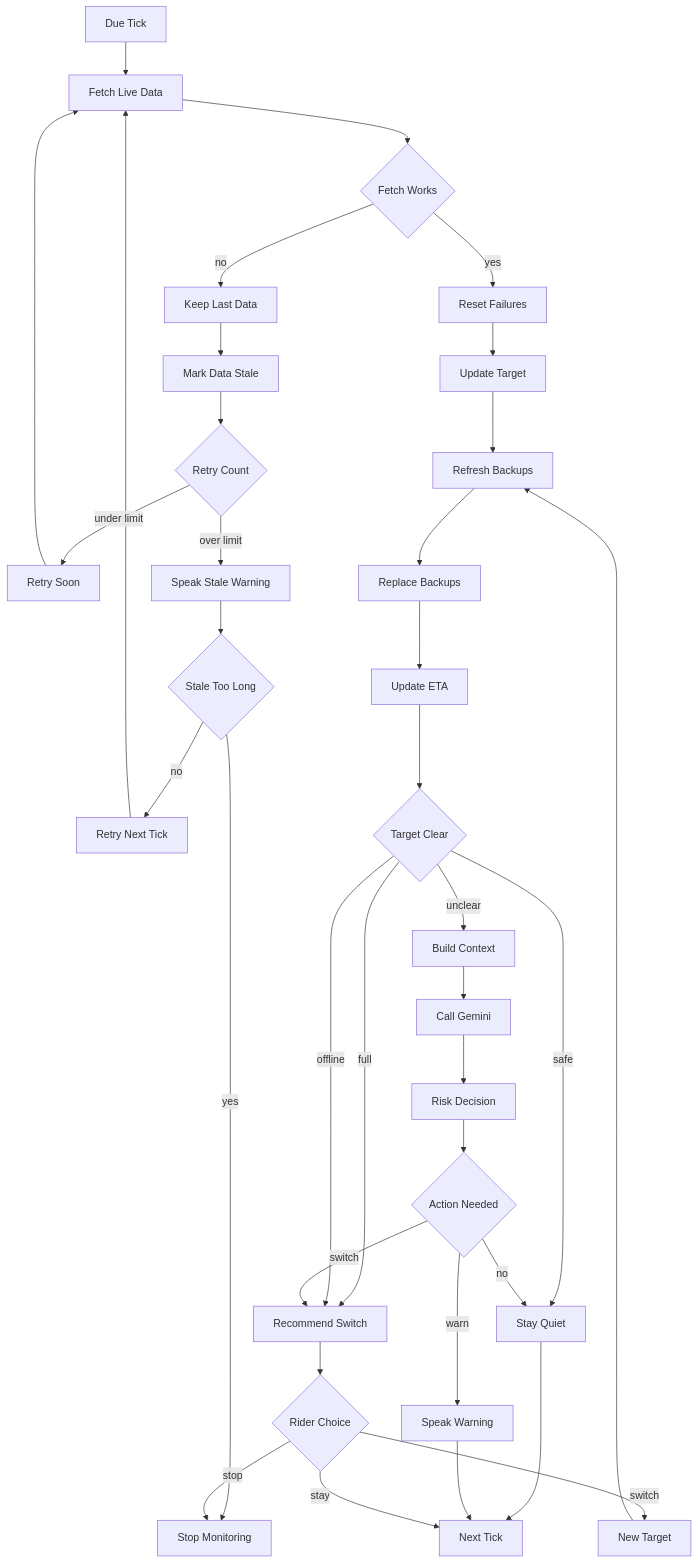
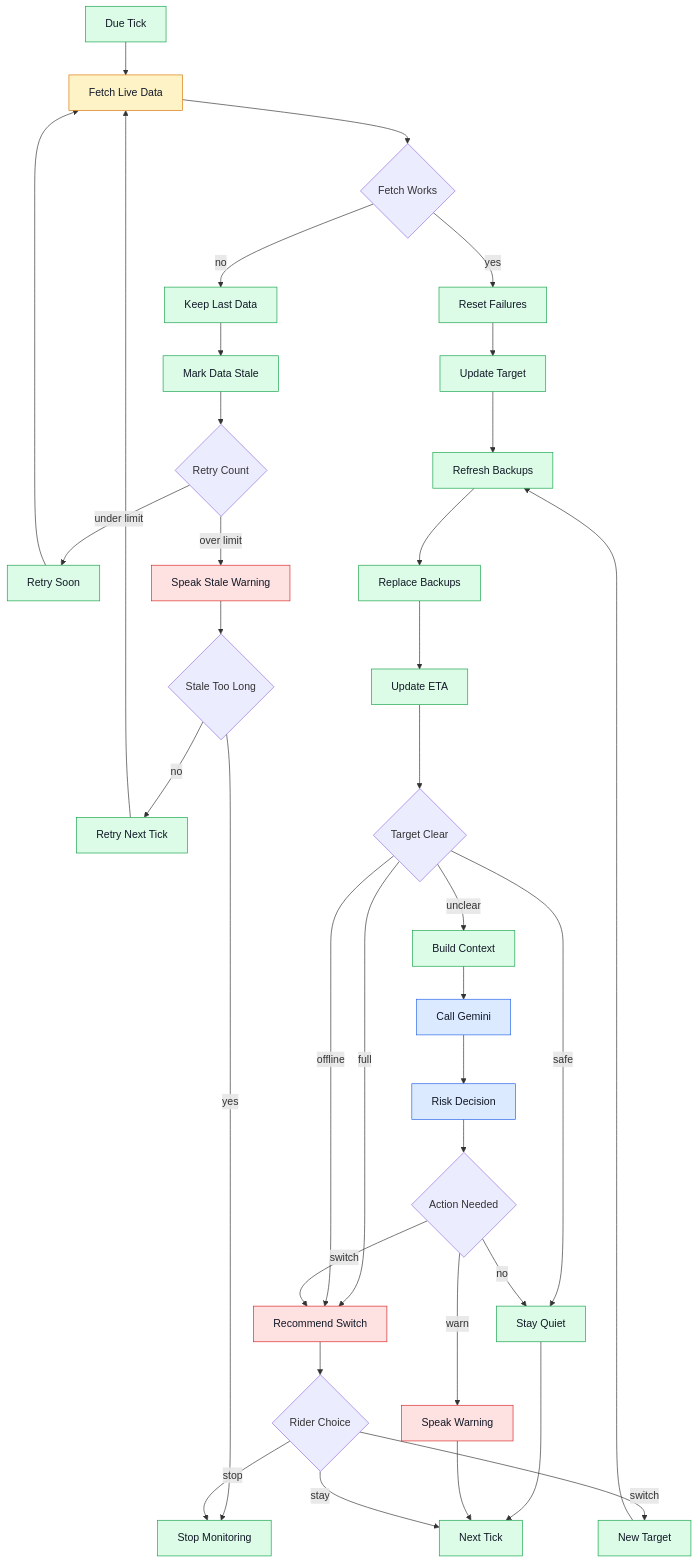
The third of 5 diagrams in diagrams/rider_journey_flow.md (tonydebat/docktalk), drawn with Mermaid before and after one commit. The commit also changed other lines of this file and 3 other files, not shown here.

Commit message:
color coded diagram and make target station more descriptive

````diff
--- a/diagrams/rider_journey_flow.md
+++ b/diagrams/rider_journey_flow.md
@@ -66,49 +96,59 @@
 ```mermaid
 flowchart TD
+    classDef gemini fill:#dbeafe,stroke:#2563eb,color:#111827
+    classDef app fill:#dcfce7,stroke:#16a34a,color:#111827
+    classDef external fill:#fef3c7,stroke:#d97706,color:#111827
+    classDef speech fill:#fee2e2,stroke:#dc2626,color:#111827
+
     %% Tick
     A["Due Tick"] --> B["Fetch Live Data"]
     B --> C{"Fetch Works"}
 
     %% Failure path
     C -->|"no"| D["Keep Last Data"]
     D --> E["Mark Data Stale"]
     E --> F{"Retry Count"}
     F -->|"under limit"| G["Retry Soon"]
     G --> B
     F -->|"over limit"| H["Speak Stale Warning"]
     H --> I{"Stale Too Long"}
     I -->|"no"| J["Retry Next Tick"]
     J --> B
     I -->|"yes"| K["Stop Monitoring"]
 
     %% Success path
     C -->|"yes"| L["Reset Failures"]
     L --> M["Update Target"]
     M --> N["Refresh Backups"]
     N --> O["Replace Backups"]
     O --> P["Update ETA"]
     P --> Q{"Target Clear"}
 
     %% Clear cases
     Q -->|"safe"| R["Stay Quiet"]
     Q -->|"full"| S["Recommend Switch"]
     Q -->|"offline"| S
     Q -->|"unclear"| T["Build Context"]
 
     %% Contextual risk
     T --> U["Call Gemini"]
     U --> V["Risk Decision"]
     V --> W{"Action Needed"}
     W -->|"no"| R
     W -->|"warn"| X["Speak Warning"]
     W -->|"switch"| S
 
     %% Continue
     R --> Y["Next Tick"]
     X --> Y
     S --> Z{"Rider Choice"}
     Z -->|"switch"| AA["New Target"]
     AA --> N
     Z -->|"stay"| Y
     Z -->|"stop"| K
+
+    class U,V gemini
+    class B external
+    class A,D,E,G,J,L,M,N,O,P,R,T,Y,AA,K app
+    class H,S,X speech
 ```
````
